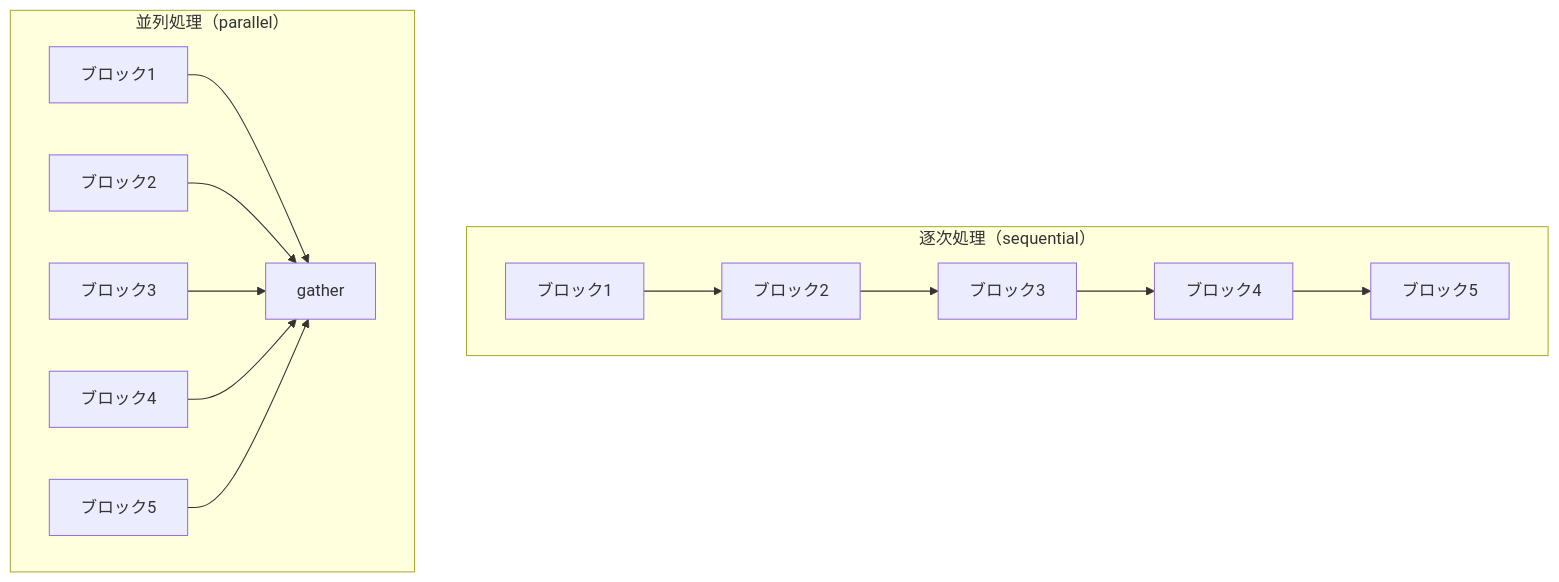
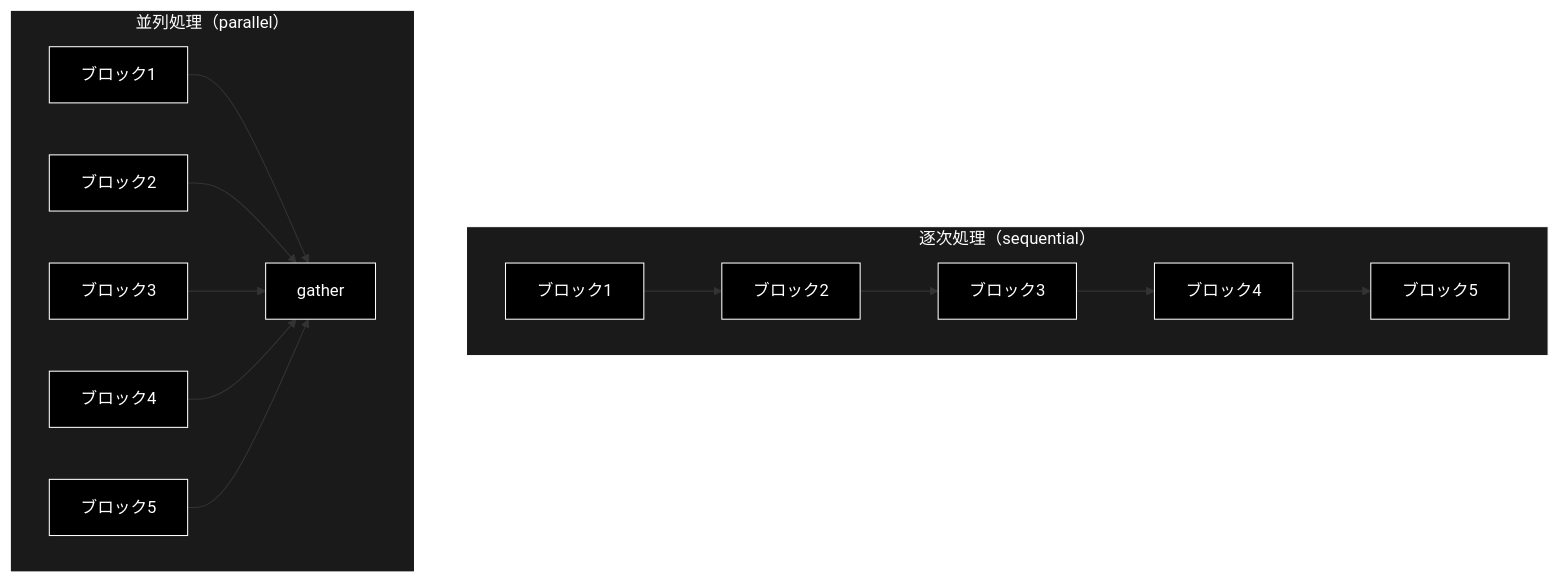
One commit to nakashima2toshio/ollama_grace_agent_v2 changed the fifth of 6 diagrams in chunking/doc/check_async.md. Above: the diagram before and after it, drawn with Mermaid. The commit also changed other lines of this file and 13 other files, not shown here.

````diff
--- a/chunking/doc/check_async.md
+++ b/chunking/doc/check_async.md
@@ -885,22 +918,27 @@
 ```mermaid
 flowchart TB
     subgraph SEQ["逐次処理（sequential）"]
         S1[ブロック1] --> S2[ブロック2]
         S2 --> S3[ブロック3]
         S3 --> S4[ブロック4]
         S4 --> S5[ブロック5]
     end
 
     subgraph PAR["並列処理（parallel）"]
         P1[ブロック1]
         P2[ブロック2]
         P3[ブロック3]
         P4[ブロック4]
         P5[ブロック5]
         P1 --> GATHER[gather]
         P2 --> GATHER
         P3 --> GATHER
         P4 --> GATHER
         P5 --> GATHER
     end
+classDef default fill:#000,stroke:#fff,color:#fff
+classDef subgraphStyle fill:#1a1a1a,stroke:#fff,color:#fff
+class S1,S2,S3,S4,S5,P1,P2,P3,P4,P5,GATHER default
+style SEQ fill:#1a1a1a,stroke:#fff,color:#fff
+style PAR fill:#1a1a1a,stroke:#fff,color:#fff
 ```
````
